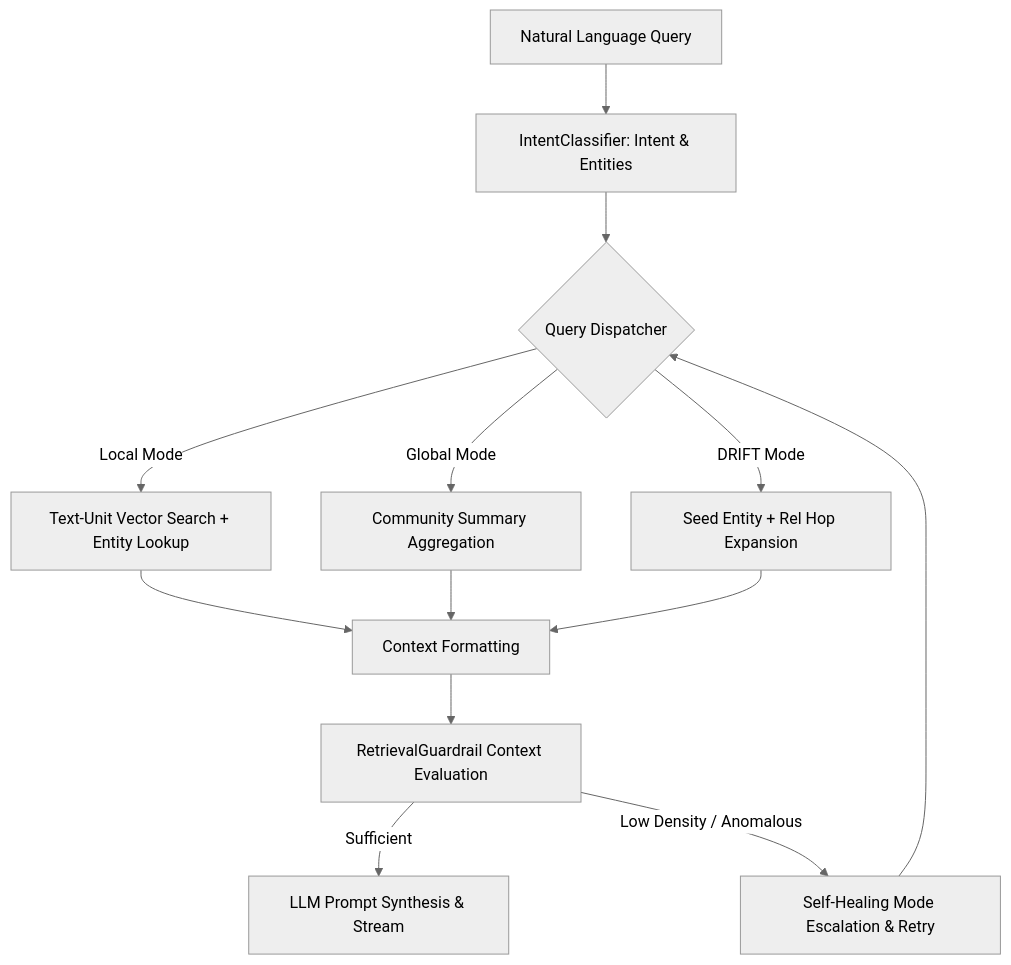
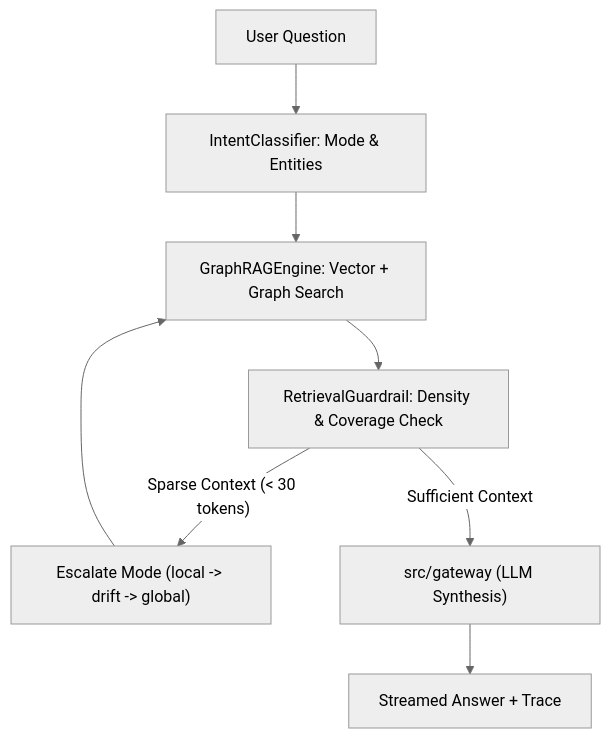
Before and after one commit to prasadrane/Prasad-Resumes-GraphRAG: the diagram in docs/hierarchical/src/query/README.md, drawn with Mermaid (neutral theme). The commit also changed other lines of this file and 18 other files, not shown here.

````diff
--- a/docs/hierarchical/src/query/README.md
+++ b/docs/hierarchical/src/query/README.md
@@ -14,13 +30,10 @@
 ```mermaid
-graph TD
-    A[Natural Language Query] --> B[IntentClassifier: Intent & Entities]
-    B --> C{Query Dispatcher}
-    C -->|Local Mode| D[Text-Unit Vector Search + Entity Lookup]
-    C -->|Global Mode| E[Community Summary Aggregation]
-    C -->|DRIFT Mode| F[Seed Entity + Rel Hop Expansion]
-    D & E & F --> G[Context Formatting]
-    G --> H[RetrievalGuardrail Context Evaluation]
-    H -->|Sufficient| I[LLM Prompt Synthesis & Stream]
-    H -->|Low Density / Anomalous| J[Self-Healing Mode Escalation & Retry]
-    J --> C
+flowchart TD
+    UserQuery["User Question"] --> Classifier[IntentClassifier: Mode & Entities]
+    Classifier --> Engine[GraphRAGEngine: Vector + Graph Search]
+    Engine --> Guardrail[RetrievalGuardrail: Density & Coverage Check]
+    Guardrail -- "Sparse Context (< 30 tokens)" --> Escalate["Escalate Mode (local -> drift -> global)"]
+    Escalate --> Engine
+    Guardrail -- "Sufficient Context" --> Gateway["src/gateway (LLM Synthesis)"]
+    Gateway --> Answer["Streamed Answer + Trace"]
 ```
````
